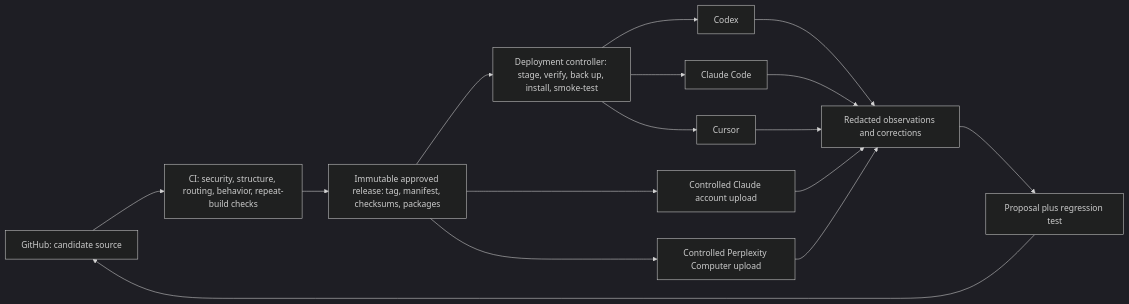
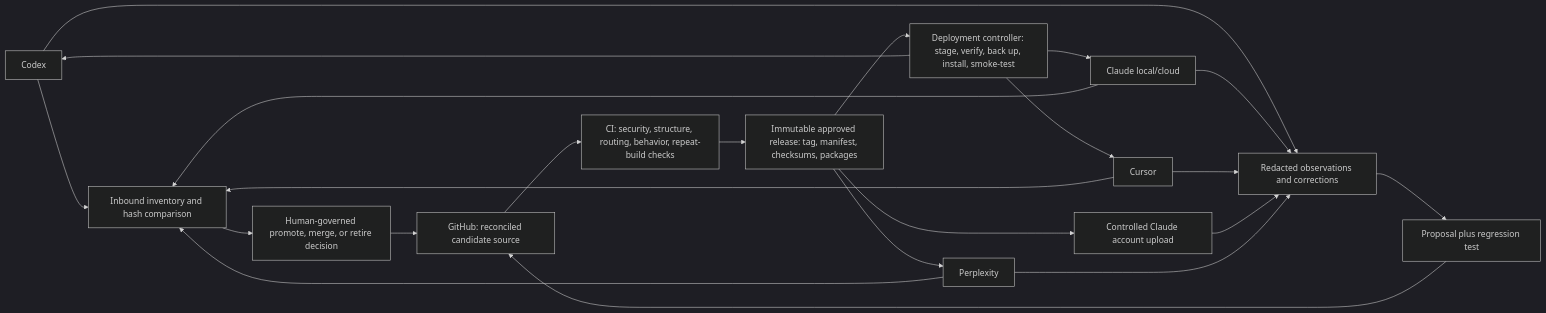
One commit to krishanraja/ai-harness changed the diagram in architecture/CROSS_CLIENT_RELEASE_SYSTEM.md. Above: the diagram before and after it, drawn with Mermaid (dark theme). The commit also changed other lines of this file and 5 other files, not shown here.

````diff
--- a/architecture/CROSS_CLIENT_RELEASE_SYSTEM.md
+++ b/architecture/CROSS_CLIENT_RELEASE_SYSTEM.md
@@ -20,18 +20,24 @@
 ```mermaid
 flowchart LR
-    S["GitHub: candidate source"] --> C["CI: security, structure, routing, behavior, repeat-build checks"]
+    X["Codex"] --> I["Inbound inventory and hash comparison"]
+    Y["Claude local/cloud"] --> I
+    Z["Cursor"] --> I
+    Q["Perplexity"] --> I
+    I --> J["Human-governed promote, merge, or retire decision"]
+    J --> S["GitHub: reconciled candidate source"]
+    S --> C["CI: security, structure, routing, behavior, repeat-build checks"]
     C --> R["Immutable approved release: tag, manifest, checksums, packages"]
     R --> D["Deployment controller: stage, verify, back up, install, smoke-test"]
-    D --> X["Codex"]
-    D --> Y["Claude Code"]
-    D --> Z["Cursor"]
+    D --> X
+    D --> Y
+    D --> Z
     R --> H["Controlled Claude account upload"]
-    R --> Q["Controlled Perplexity Computer upload"]
+    R --> Q
     X --> O["Redacted observations and corrections"]
     Y --> O
     Z --> O
     H --> O
     Q --> O
     O --> P["Proposal plus regression test"]
     P --> S
 ```
````
